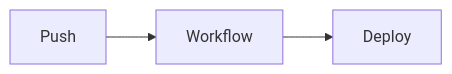
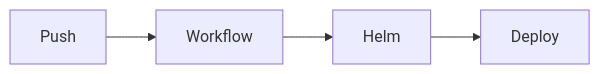
The eighth of 13 diagrams in 02-Detailed-Notes/16-Helm/17-CI-CD Integration.md (akshayachar03/DevOps-Learning), drawn with Mermaid before and after one commit. The commit also changed other lines of this file, not shown here.

````diff
--- a/02-Detailed-Notes/16-Helm/17-CI-CD Integration.md
+++ b/02-Detailed-Notes/16-Helm/17-CI-CD Integration.md
@@ -558,5 +562,8 @@
 ```mermaid
 flowchart LR
 
-Push --> Workflow --> Deploy
+A[Push]
+A --> B[Workflow]
+B --> C[Helm]
+C --> D[Deploy]
 ```
````
